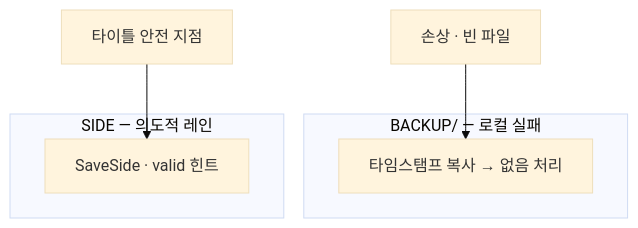
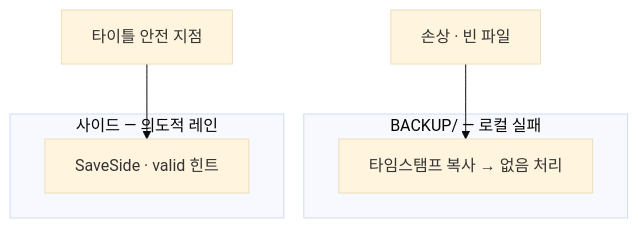
The diagram in notes/save-layout-side-lane.md (monet5379/monet5379.github.io), drawn with Mermaid (base theme) before and after one commit. The commit also changed other lines of this file and 27 other files, not shown here.

````diff
--- a/notes/save-layout-side-lane.md
+++ b/notes/save-layout-side-lane.md
@@ -43,13 +43,13 @@
 ```mermaid
 flowchart TD
   E["손상 · 빈 파일"] --> B
   T["타이틀 안전 지점"] --> S
 
   subgraph BACKUP["BACKUP/ — 로컬 실패"]
     B["타임스탬프 복사 → 없음 처리"]
   end
 
-  subgraph SIDE["SIDE — 의도적 레인"]
+  subgraph SIDE["사이드 — 의도적 레인"]
     S["SaveSide · valid 힌트"]
   end
 ```
````
